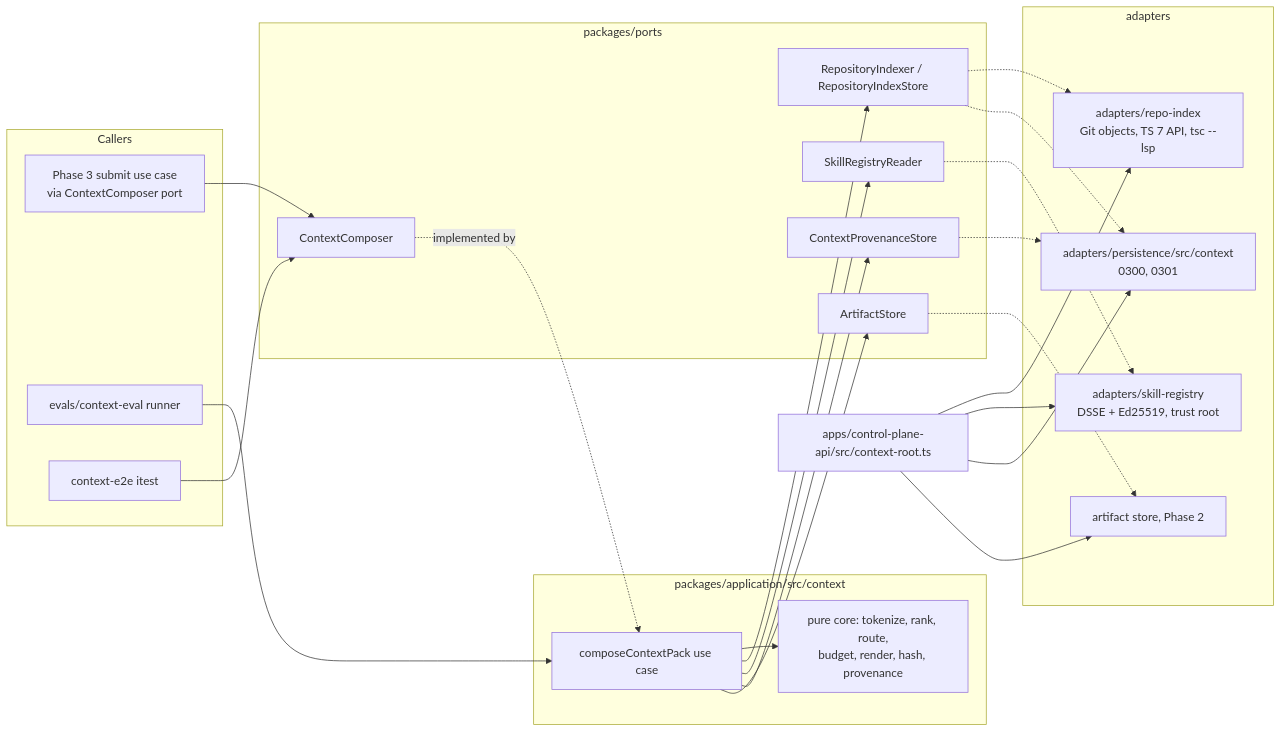
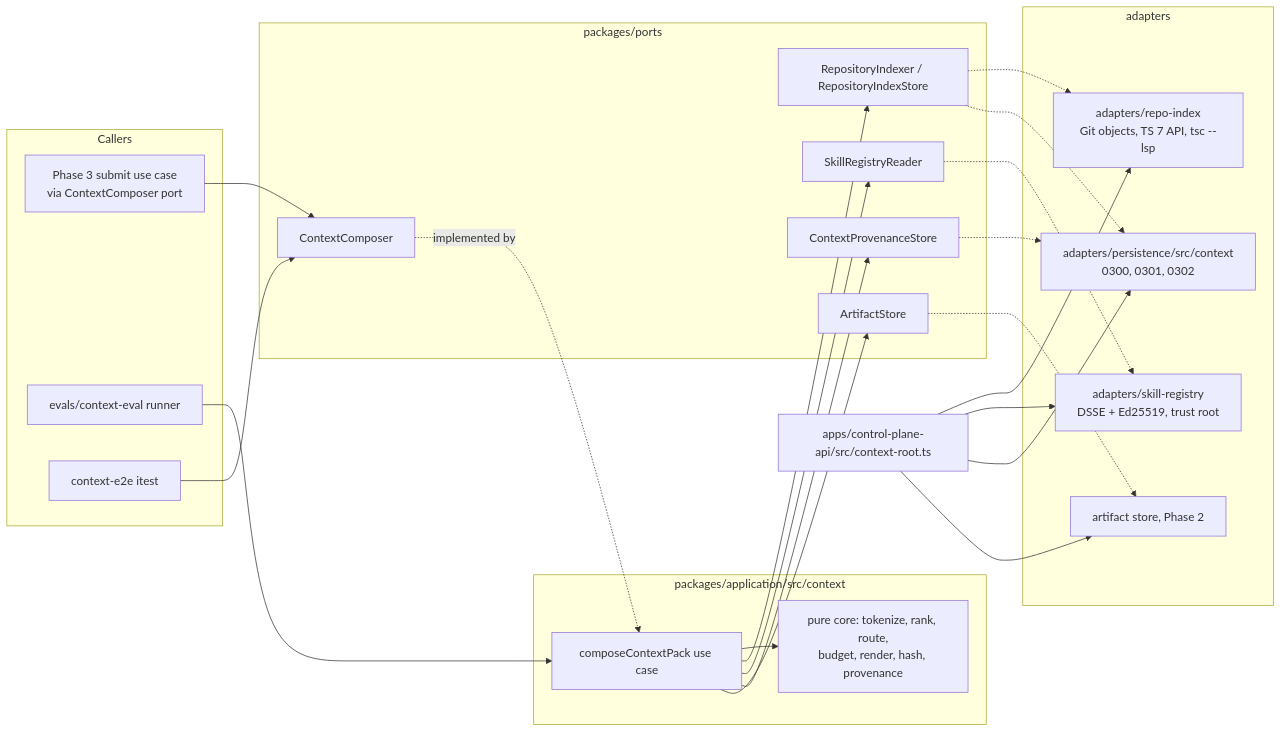
Before and after one commit to xingcorp/asep-enterprise-harness: the diagram in docs/implementation/phases/phase-05-architecture.md, drawn with Mermaid. The commit also changed other lines of this file and 7 other files, not shown here.

````diff
--- a/docs/implementation/phases/phase-05-architecture.md
+++ b/docs/implementation/phases/phase-05-architecture.md
@@ -21,37 +21,37 @@
 ```mermaid
 flowchart LR
   subgraph caller[Callers]
     P3[Phase 3 submit use case<br/>via ContextComposer port]
     EV[evals/context-eval runner]
     IT[context-e2e itest]
   end
   subgraph app[packages/application/src/context]
     UC[composeContextPack use case]
     CORE[pure core: tokenize, rank, route,<br/>budget, render, hash, provenance]
   end
   subgraph ports[packages/ports]
     PC[ContextComposer]
     PI[RepositoryIndexer / RepositoryIndexStore]
     PR[SkillRegistryReader]
     PP[ContextProvenanceStore]
     PA[ArtifactStore]
   end
   subgraph adapters
     RI[adapters/repo-index<br/>Git objects, TS 7 API, tsc --lsp]
     SR[adapters/skill-registry<br/>DSSE + Ed25519, trust root]
-    PS[adapters/persistence/src/context<br/>0300, 0301]
+    PS[adapters/persistence/src/context<br/>0300, 0301, 0302]
     AS[artifact store, Phase 2]
   end
   P3 --> PC
   EV --> UC
   IT --> PC
   PC -.implemented by.-> UC
   UC --> CORE
   UC --> PI & PR & PP & PA
   PI -.-> RI
   PI -.-> PS
   PR -.-> SR
   PP -.-> PS
   PA -.-> AS
   ROOT[apps/control-plane-api/src/context-root.ts] --> RI & SR & PS & AS
 ```
````
